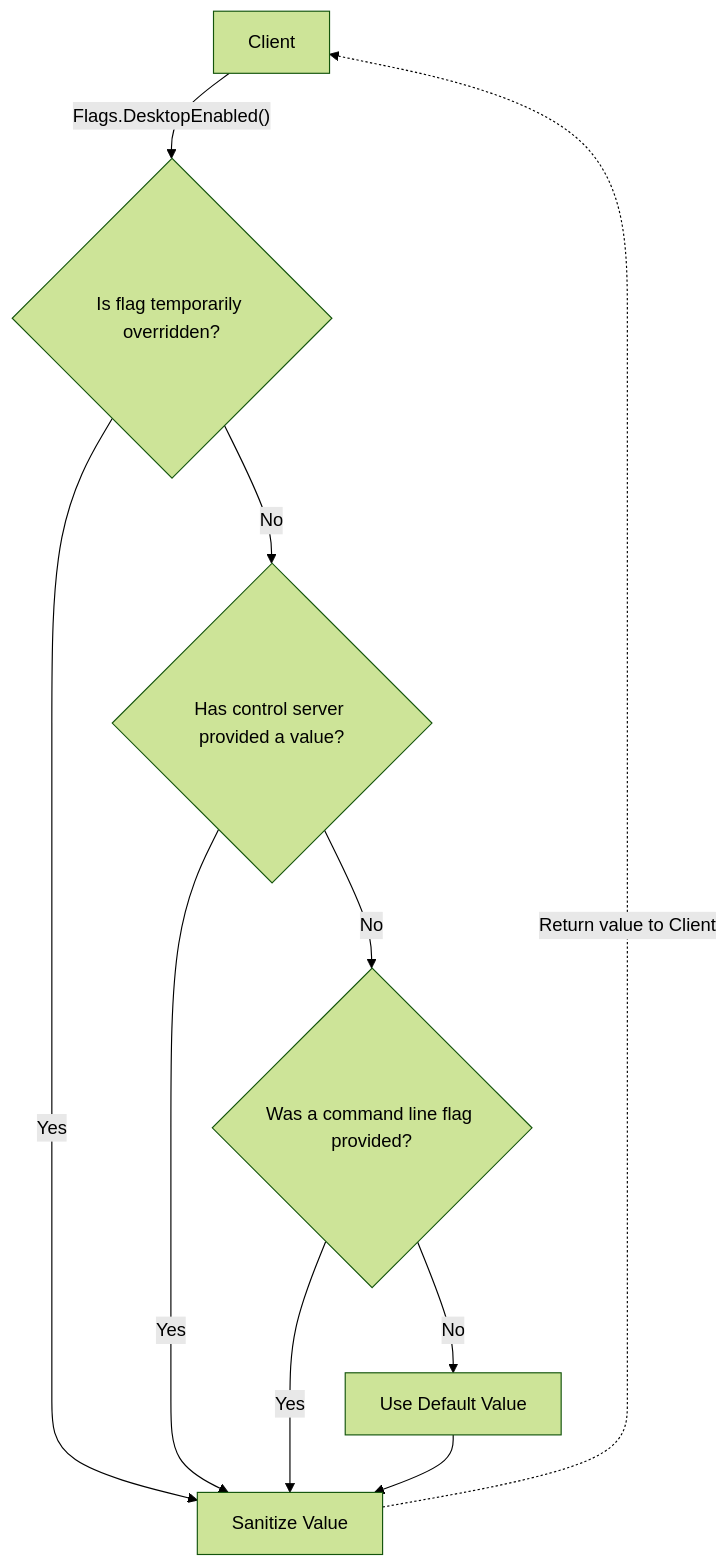
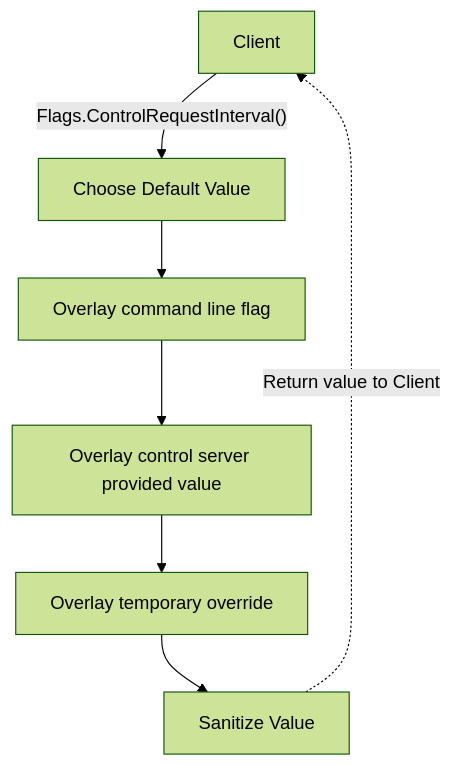
One commit to kolide/launcher changed the first of 3 diagrams in docs/architecture/flags.md. Above: the diagram before and after it, drawn with Mermaid (forest theme). The commit also changed 25 other files, not shown here.

````diff
--- a/docs/architecture/flags.md
+++ b/docs/architecture/flags.md
@@ -16,24 +16,19 @@
 ```mermaid
 flowchart TB
     Client[Client]
     Default[Use Default Value]
     Sanitize[Sanitize Value]
-    Override{Is flag temporarily overridden?}
-    Store{Has control server provided a value?}
-    CmdLine{Was a command line flag provided?}
+    Default[Choose Default Value]
+    Override[Overlay temporary override]
+    Store[Overlay control server provided value]
+    CmdLine[Overlay command line flag]
 
-    Client -->|"Flags.DesktopEnabled()"| Override
-    Override -->|Yes| Sanitize
-    Override -->|No| Store
-
-    Store -->|Yes| Sanitize
-    Store -->|No| CmdLine
-
-    CmdLine -->|Yes| Sanitize
-    CmdLine -->|No| Default
-
-    Default --> Sanitize
+    Client -->|"Flags.ControlRequestInterval()"| Default
+    Default --> CmdLine
+    CmdLine --> Store
+    Store --> Override
+    Override --> Sanitize
 
     Sanitize -.->|Return value to Client| Client
 
 ```
````
